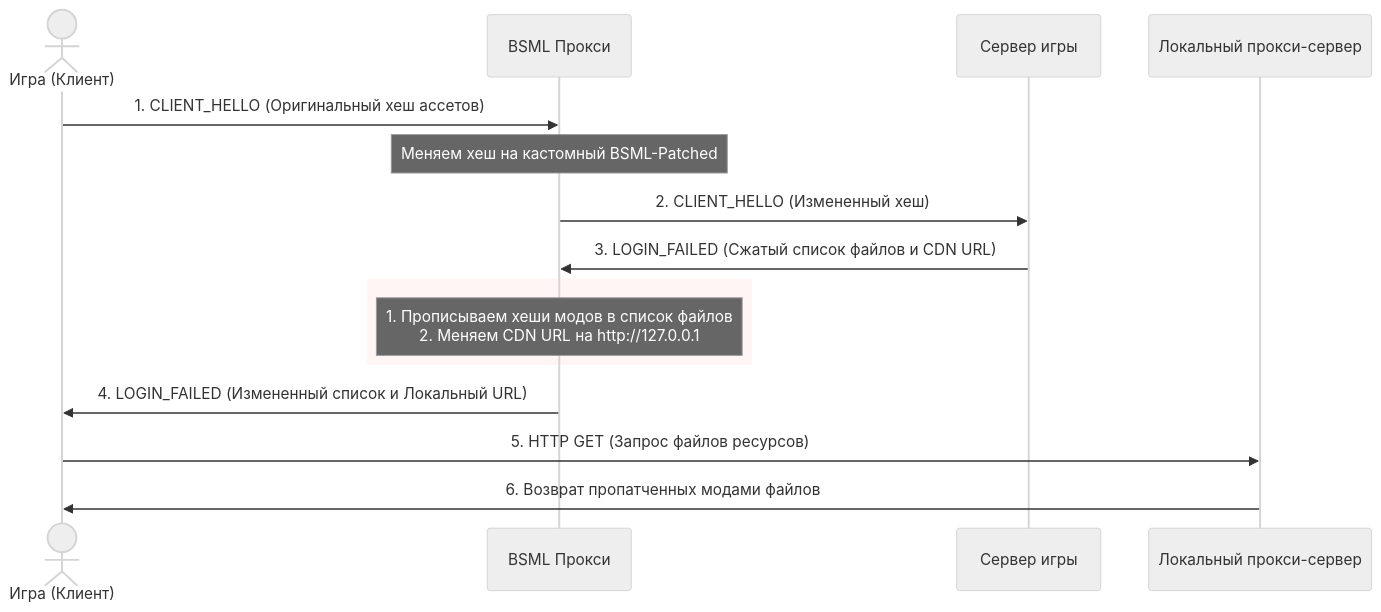
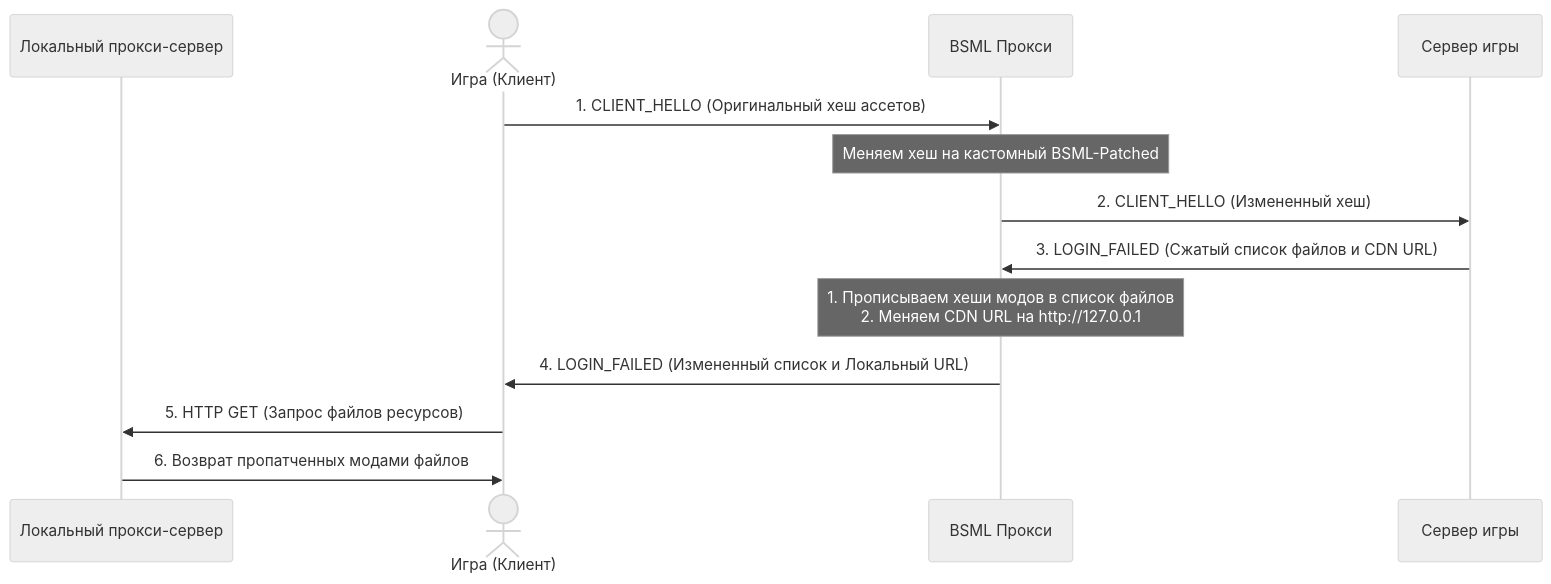
Before and after one commit to lilmuff2/bsml: the diagram in README.md, drawn with Mermaid (neutral theme).

Commit message:
Fix mermaid diagram formatting in README.md

````diff
--- a/README.md
+++ b/README.md
@@ -13,20 +13,19 @@
 ```mermaid
 sequenceDiagram
+    participant CDN as Локальный прокси-сервер
     actor Game as Игра (Клиент)
     participant Proxy as BSML Прокси
     participant Server as Сервер игры
-    participant CDN as Локальный прокси-сервер
+   
 
     Game->>Proxy: 1. CLIENT_HELLO (Оригинальный хеш ассетов)
     Note over Proxy: Меняем хеш на кастомный BSML-Patched
     Proxy->>Server: 2. CLIENT_HELLO (Измененный хеш)
 
     Server->>Proxy: 3. LOGIN_FAILED (Сжатый список файлов и CDN URL)
-    rect rgb(255, 245, 245)
-        Note over Proxy: 1. Прописываем хеши модов в список файлов<br/>2. Меняем CDN URL на http://127.0.0.1
-    end
+    Note over Proxy: 1. Прописываем хеши модов в список файлов<br/>2. Меняем CDN URL на http://127.0.0.1
     Proxy->>Game: 4. LOGIN_FAILED (Измененный список и Локальный URL)
 
     Game->>CDN: 5. HTTP GET (Запрос файлов ресурсов)
     CDN->>Game: 6. Возврат пропатченных модами файлов
 ```
````
